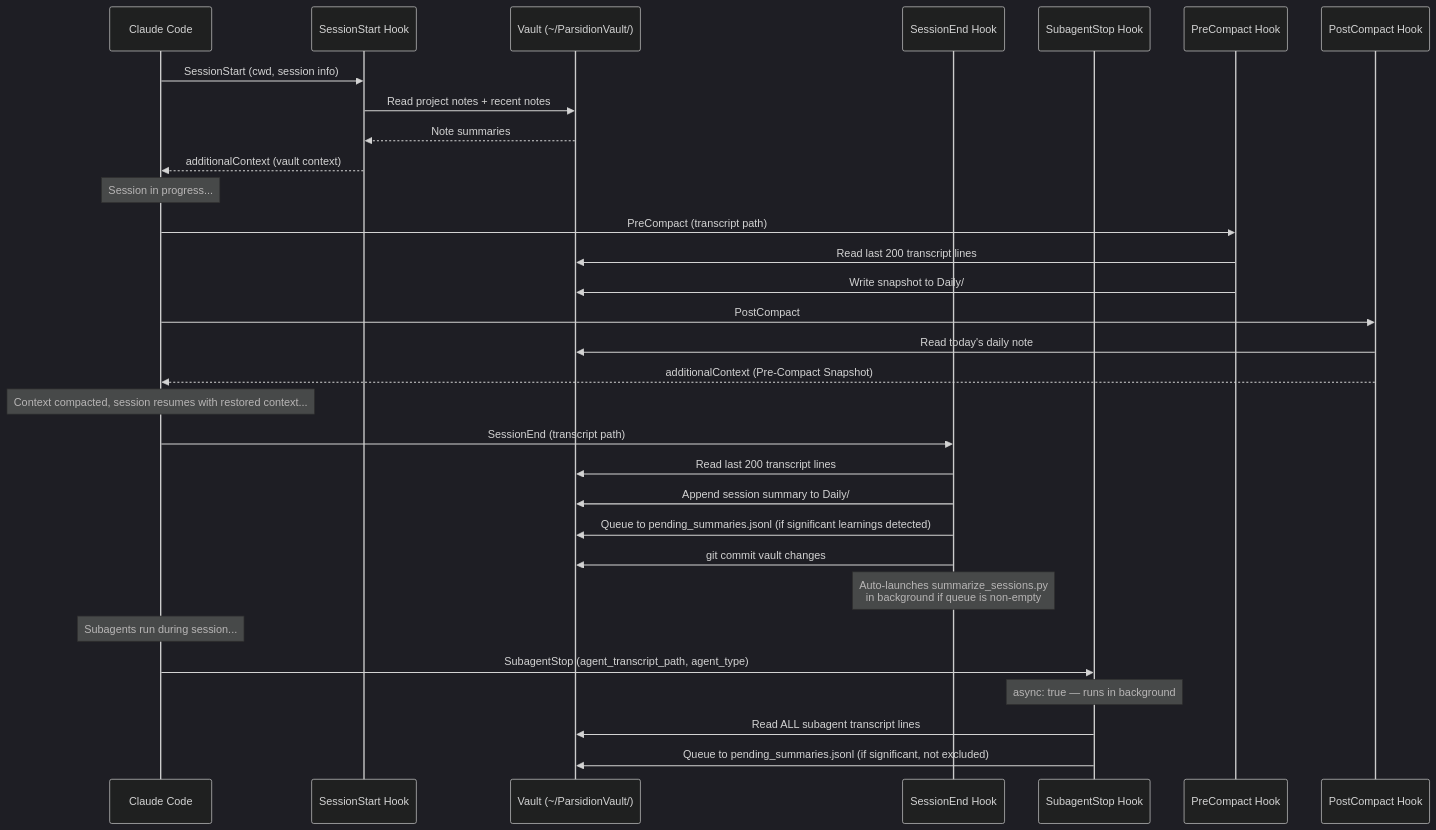
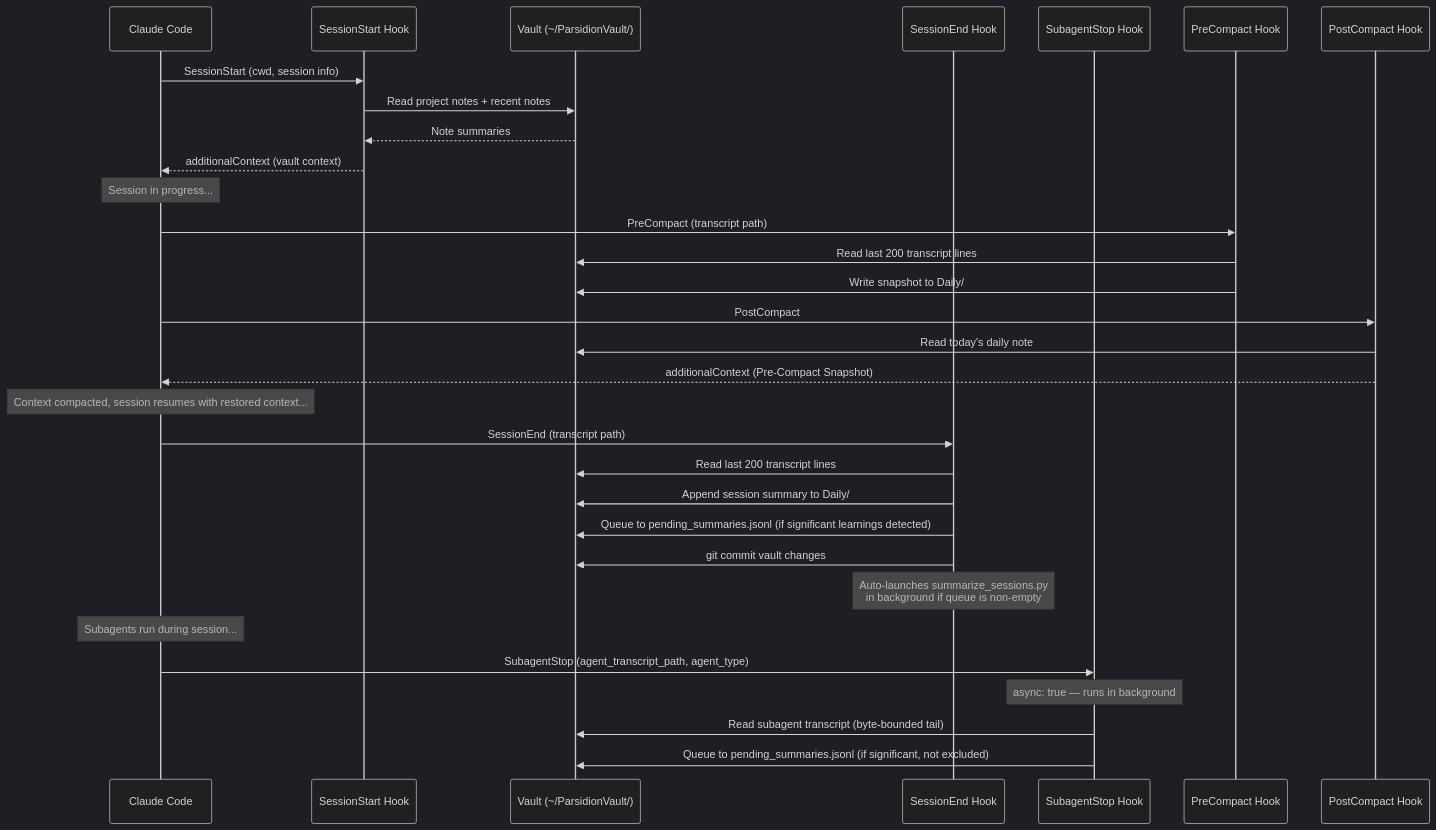
The second of 5 diagrams in docs/ARCHITECTURE.md (paulrobello/parsidion), drawn with Mermaid (dark theme) before and after one commit. The commit also changed other lines of this file and 15 other files, not shown here.

````diff
--- a/docs/ARCHITECTURE.md
+++ b/docs/ARCHITECTURE.md
@@ -1266,40 +1274,40 @@
 ```mermaid
 sequenceDiagram
     participant CC as Claude Code
     participant SSH as SessionStart Hook
     participant V as Vault (~/ParsidionVault/)
     participant STH as SessionEnd Hook
     participant ASH as SubagentStop Hook
     participant PCH as PreCompact Hook
     participant POCH as PostCompact Hook
 
     CC->>SSH: SessionStart (cwd, session info)
     SSH->>V: Read project notes + recent notes
     V-->>SSH: Note summaries
     SSH-->>CC: additionalContext (vault context)
 
     Note over CC: Session in progress...
 
     CC->>PCH: PreCompact (transcript path)
     PCH->>V: Read last 200 transcript lines
     PCH->>V: Write snapshot to Daily/
     CC->>POCH: PostCompact
     POCH->>V: Read today's daily note
     POCH-->>CC: additionalContext (Pre-Compact Snapshot)
 
     Note over CC: Context compacted, session resumes with restored context...
 
     CC->>STH: SessionEnd (transcript path)
     STH->>V: Read last 200 transcript lines
     STH->>V: Append session summary to Daily/
     STH->>V: Queue to pending_summaries.jsonl (if significant learnings detected)
     STH->>V: git commit vault changes
     Note over STH: Auto-launches summarize_sessions.py<br/>in background if queue is non-empty
 
     Note over CC: Subagents run during session...
 
     CC->>ASH: SubagentStop (agent_transcript_path, agent_type)
     Note over ASH: async: true — runs in background
-    ASH->>V: Read ALL subagent transcript lines
+    ASH->>V: Read subagent transcript (byte-bounded tail)
     ASH->>V: Queue to pending_summaries.jsonl (if significant, not excluded)
 ```
````
